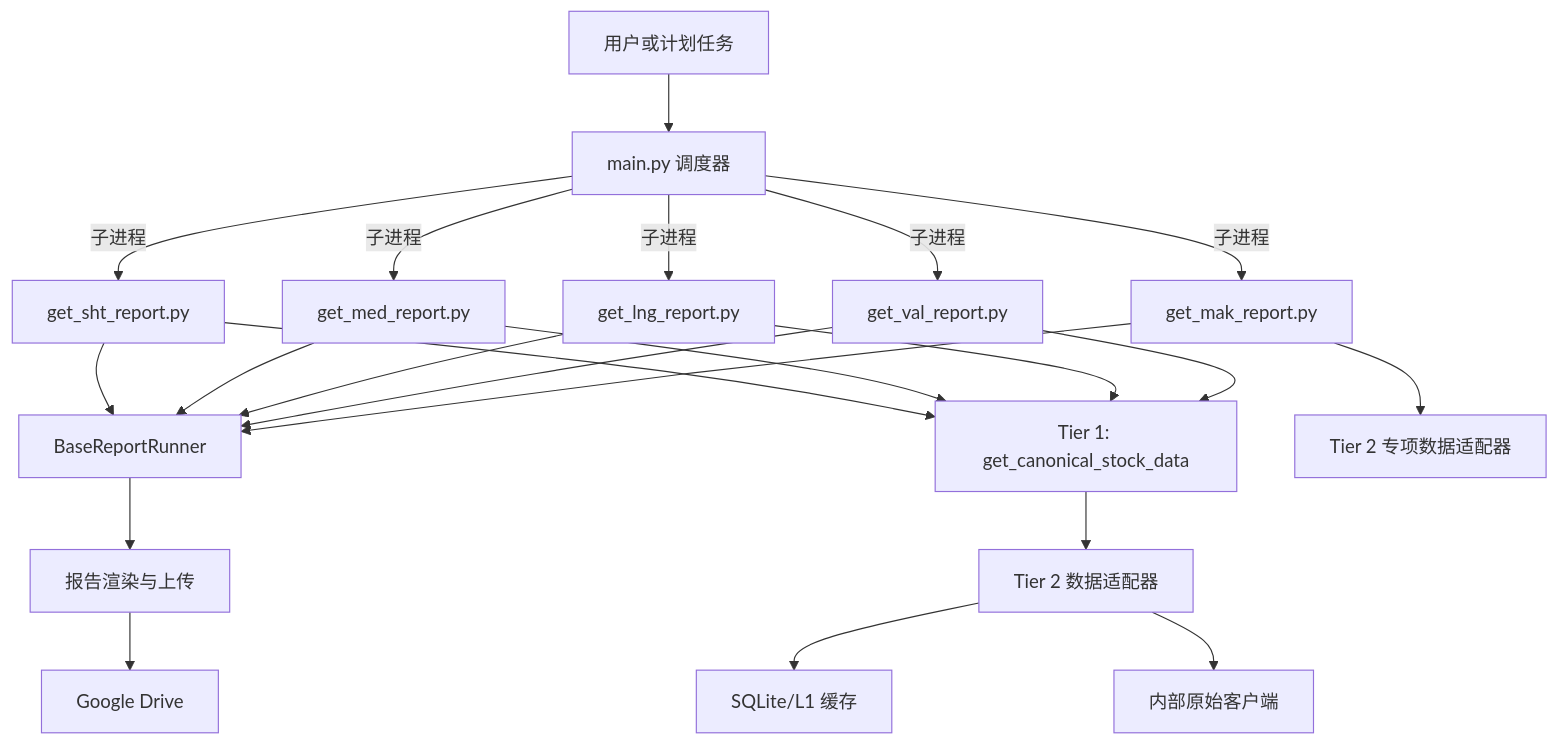
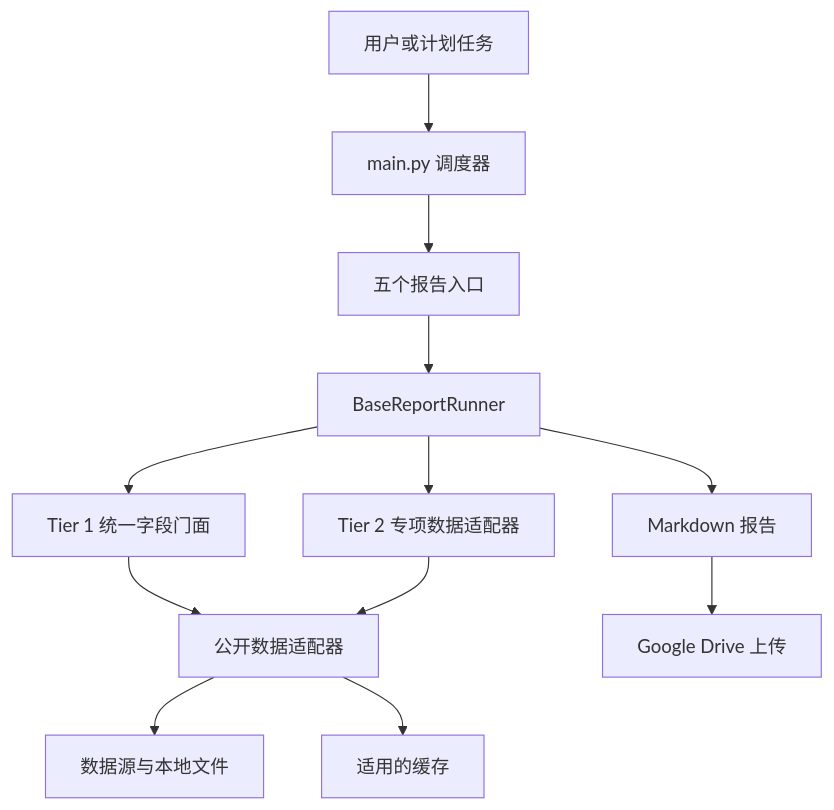
Before and after one commit to tsy1102/a-stock-data: the diagram in docs/architecture.md, drawn with Mermaid. The commit also changed other lines of this file and 18 other files, not shown here.

````diff
--- a/docs/architecture.md
+++ b/docs/architecture.md
@@ -7,26 +7,14 @@
 ```mermaid
 flowchart TD
     User[用户或计划任务] --> Main[main.py 调度器]
-    Main -->|子进程| Sht[get_sht_report.py]
-    Main -->|子进程| Med[get_med_report.py]
-    Main -->|子进程| Lng[get_lng_report.py]
-    Main -->|子进程| Val[get_val_report.py]
-    Main -->|子进程| Mak[get_mak_report.py]
-
-    Sht --> Runner[BaseReportRunner]
-    Med --> Runner
-    Lng --> Runner
-    Val --> Runner
-    Mak --> Runner
-
-    Sht --> Gate[Tier 1: get_canonical_stock_data]
-    Med --> Gate
-    Lng --> Gate
-    Val --> Gate
-    Mak --> Specialty[Tier 2 专项数据适配器]
-    Gate --> Adapters[Tier 2 数据适配器]
-    Adapters --> Cache[SQLite/L1 缓存]
-    Adapters --> Clients[内部原始客户端]
-    Runner --> Render[报告渲染与上传]
-    Render --> Drive[Google Drive]
+    Main --> Reports[五个报告入口]
+    Reports --> Runner[BaseReportRunner]
+    Runner --> Tier1[Tier 1 统一字段门面]
+    Runner --> Tier2[Tier 2 专项数据适配器]
+    Tier1 --> Adapters[公开数据适配器]
+    Tier2 --> Adapters
+    Adapters --> Sources[数据源与本地文件]
+    Adapters --> Cache[适用的缓存]
+    Runner --> Output[Markdown 报告]
+    Output --> Drive[Google Drive 上传]
 ```
````
